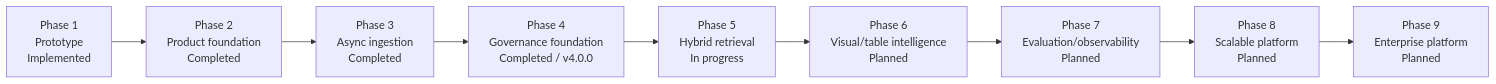
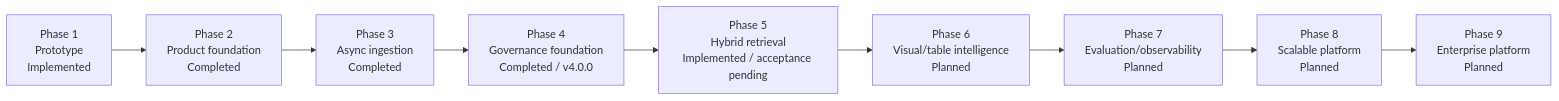
Before and after one commit to mvyas412/ai-projects: the second of 11 diagrams in mm-rag-full-stack-genai-bootcamp-3.0/docs/architecture/ARCHITECTURE.md, drawn with Mermaid. The commit also changed other lines of this file and 6 other files, not shown here.

````diff
--- a/mm-rag-full-stack-genai-bootcamp-3.0/docs/architecture/ARCHITECTURE.md
+++ b/mm-rag-full-stack-genai-bootcamp-3.0/docs/architecture/ARCHITECTURE.md
@@ -164,12 +165,12 @@
 ```mermaid
 flowchart LR
     p1["Phase 1<br/>Prototype<br/>Implemented"] -->
     p2["Phase 2<br/>Product foundation<br/>Completed"] -->
     p3["Phase 3<br/>Async ingestion<br/>Completed"] -->
     p4["Phase 4<br/>Governance foundation<br/>Completed / v4.0.0"] -->
-    p5["Phase 5<br/>Hybrid retrieval<br/>In progress"] -->
+    p5["Phase 5<br/>Hybrid retrieval<br/>Implemented / acceptance pending"] -->
     p6["Phase 6<br/>Visual/table intelligence<br/>Planned"] -->
     p7["Phase 7<br/>Evaluation/observability<br/>Planned"] -->
     p8["Phase 8<br/>Scalable platform<br/>Planned"] -->
     p9["Phase 9<br/>Enterprise platform<br/>Planned"]
 ```
````
